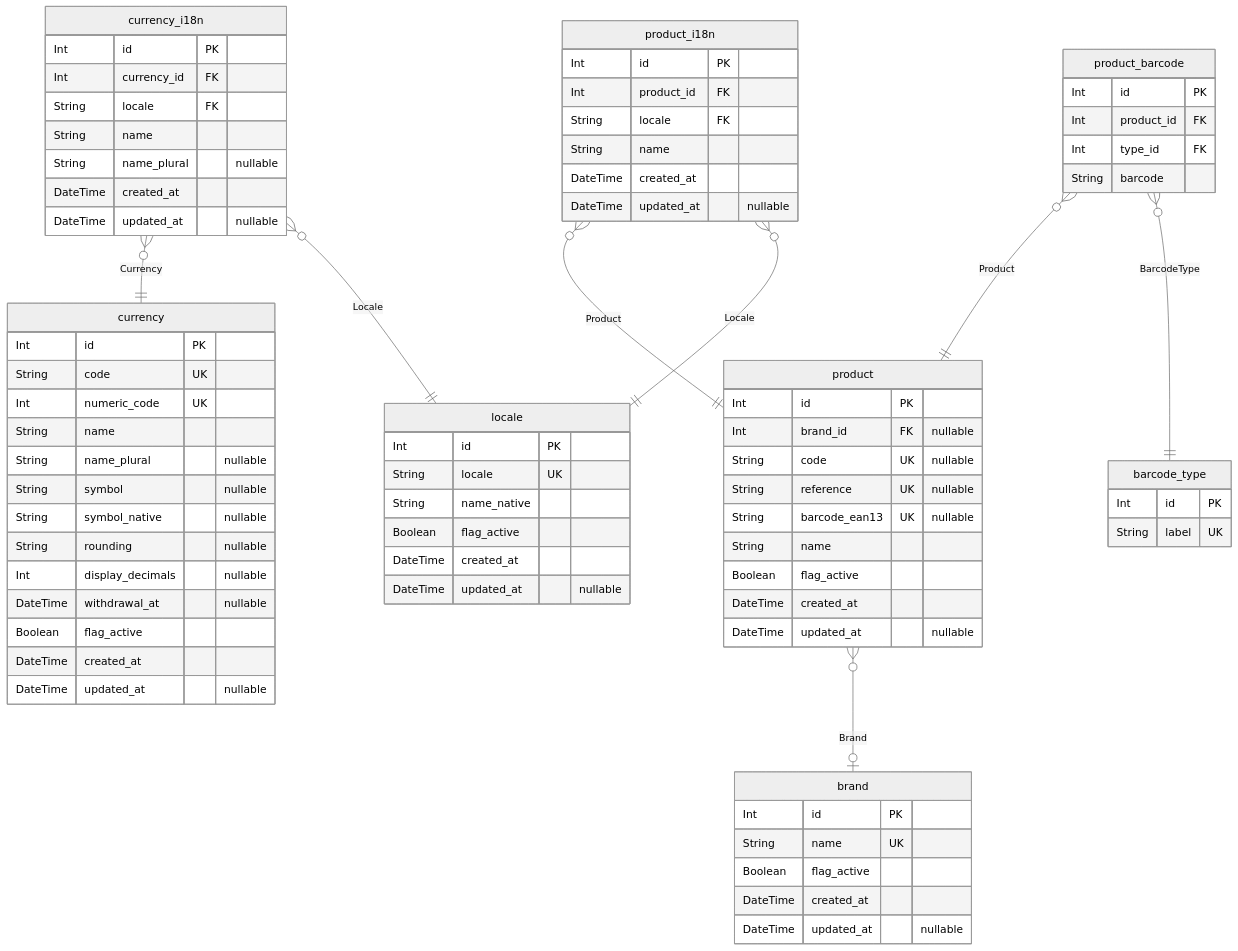
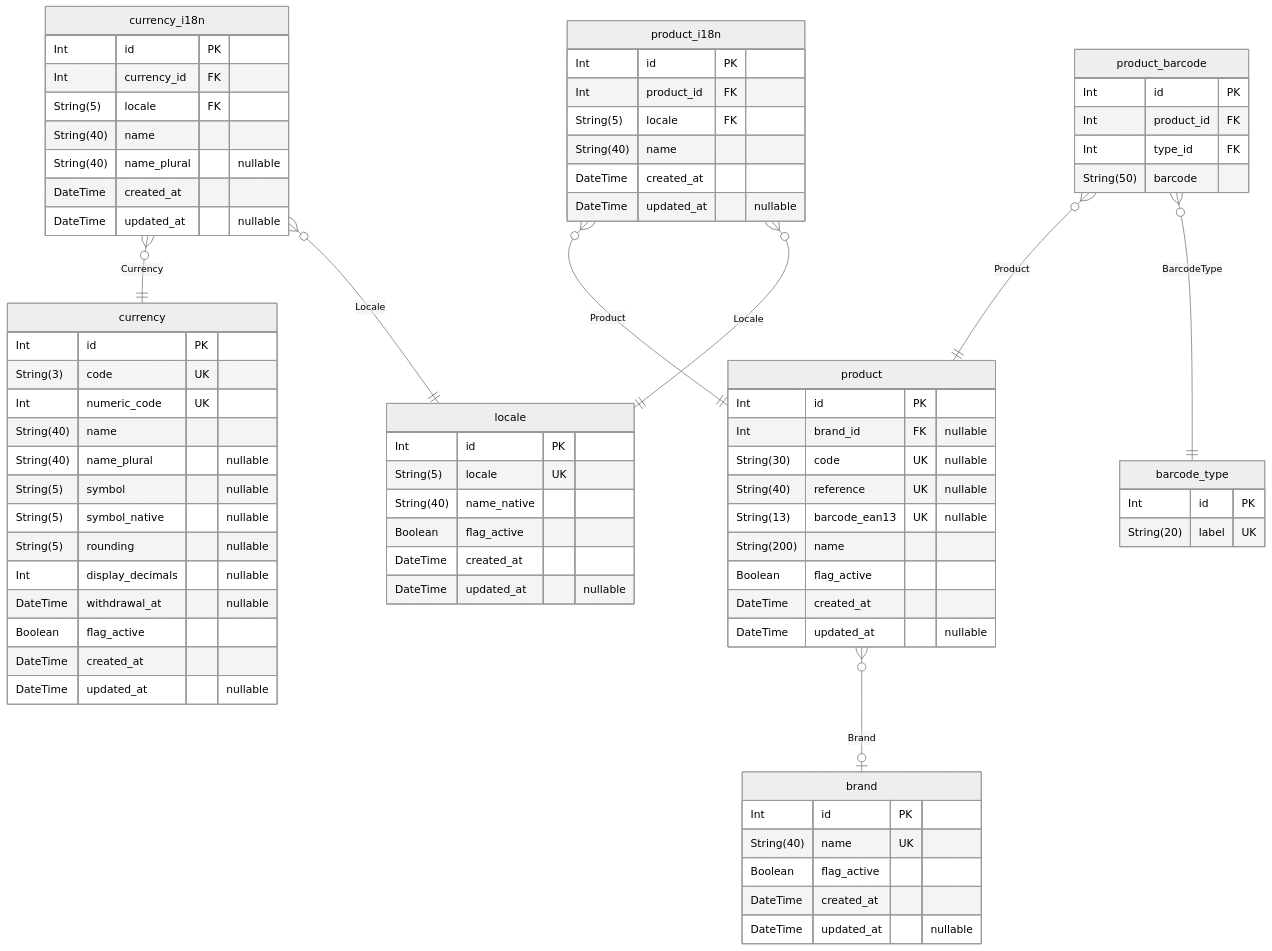
The diagram in examples/shared/db-sqlserver/docs/generated/ERD.md (belgattitude/flowblade), drawn with Mermaid (neutral theme) before and after one commit. The commit also changed 16 other files, not shown here.

````diff
--- a/examples/shared/db-sqlserver/docs/generated/ERD.md
+++ b/examples/shared/db-sqlserver/docs/generated/ERD.md
@@ -7,78 +7,78 @@
 ```mermaid
 erDiagram
 "locale" {
   Int id PK
-  String locale UK
-  String name_native
+  String(5) locale UK
+  String(40) name_native
   Boolean flag_active
   DateTime created_at
   DateTime updated_at "nullable"
 }
 "currency" {
   Int id PK
-  String code UK
+  String(3) code UK
   Int numeric_code UK
-  String name
-  String name_plural "nullable"
-  String symbol "nullable"
-  String symbol_native "nullable"
-  String rounding "nullable"
+  String(40) name
+  String(40) name_plural "nullable"
+  String(5) symbol "nullable"
+  String(5) symbol_native "nullable"
+  String(5) rounding "nullable"
   Int display_decimals "nullable"
   DateTime withdrawal_at "nullable"
   Boolean flag_active
   DateTime created_at
   DateTime updated_at "nullable"
 }
 "brand" {
   Int id PK
-  String name UK
+  String(40) name UK
   Boolean flag_active
   DateTime created_at
   DateTime updated_at "nullable"
 }
 "product" {
   Int id PK
   Int brand_id FK "nullable"
-  String code UK "nullable"
-  String reference UK "nullable"
-  String barcode_ean13 UK "nullable"
-  String name
+  String(30) code UK "nullable"
+  String(40) reference UK "nullable"
+  String(13) barcode_ean13 UK "nullable"
+  String(200) name
   Boolean flag_active
   DateTime created_at
   DateTime updated_at "nullable"
 }
 "barcode_type" {
   Int id PK
-  String label UK
+  String(20) label UK
 }
 "product_barcode" {
   Int id PK
   Int product_id FK
   Int type_id FK
-  String barcode
+  String(50) barcode
 }
 "product_i18n" {
   Int id PK
   Int product_id FK
-  String locale FK
-  String name
+  String(5) locale FK
+  String(40) name
   DateTime created_at
   DateTime updated_at "nullable"
 }
 "currency_i18n" {
   Int id PK
   Int currency_id FK
-  String locale FK
-  String name
-  String name_plural "nullable"
+  String(5) locale FK
+  String(40) name
+  String(40) name_plural "nullable"
   DateTime created_at
   DateTime updated_at "nullable"
 }
 "product" }o--o| "brand" : Brand
 "product_barcode" }o--|| "product" : Product
 "product_barcode" }o--|| "barcode_type" : BarcodeType
 "product_i18n" }o--|| "product" : Product
 "product_i18n" }o--|| "locale" : Locale
 "currency_i18n" }o--|| "currency" : Currency
 "currency_i18n" }o--|| "locale" : Locale
 ```
````
